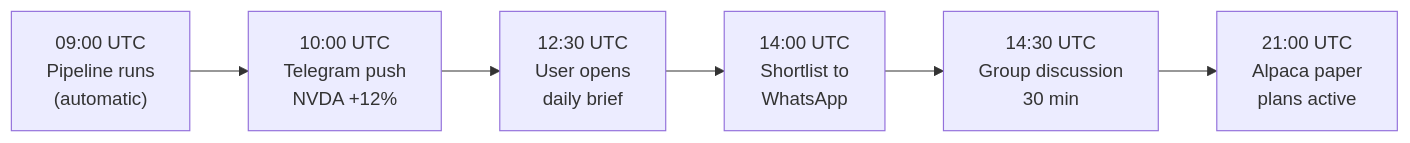
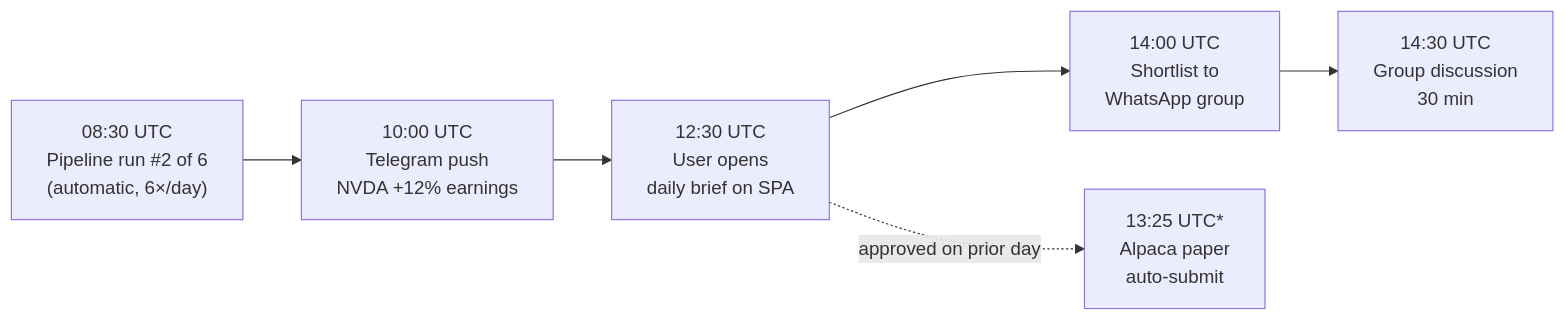
One commit to kamilpajak/AlphaLens changed the third of 3 diagrams in docs/research/alphalens_ideal_shape_2026_05_29.md. Above: the diagram before and after it, drawn with Mermaid. The commit also changed other lines of this file, not shown here.

````diff
--- a/docs/research/alphalens_ideal_shape_2026_05_29.md
+++ b/docs/research/alphalens_ideal_shape_2026_05_29.md
@@ -139,11 +139,12 @@
 ```mermaid
 flowchart LR
-    T1["09:00 UTC<br/>Pipeline runs<br/>(automatic)"]
-    T2["10:00 UTC<br/>Telegram push<br/>NVDA +12%"]
-    T3["12:30 UTC<br/>User opens<br/>daily brief"]
-    T4["14:00 UTC<br/>Shortlist to<br/>WhatsApp"]
+    T1["08:30 UTC<br/>Pipeline run #2 of 6<br/>(automatic, 6×/day)"]
+    T2["10:00 UTC<br/>Telegram push<br/>NVDA +12% earnings"]
+    T3["12:30 UTC<br/>User opens<br/>daily brief on SPA"]
+    T4["14:00 UTC<br/>Shortlist to<br/>WhatsApp group"]
     T5["14:30 UTC<br/>Group discussion<br/>30 min"]
-    T6["21:00 UTC<br/>Alpaca paper<br/>plans active"]
+    T6["13:25 UTC*<br/>Alpaca paper<br/>auto-submit"]
 
-    T1 --> T2 --> T3 --> T4 --> T5 --> T6
+    T1 --> T2 --> T3 --> T4 --> T5
+    T3 -.->|approved on prior day| T6
 ```
````
